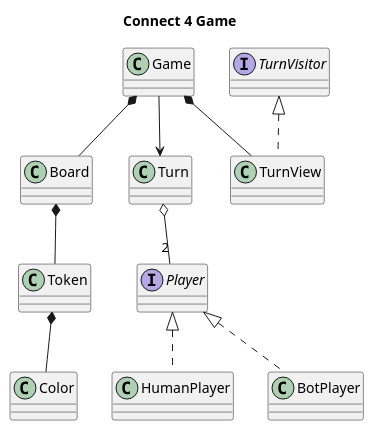
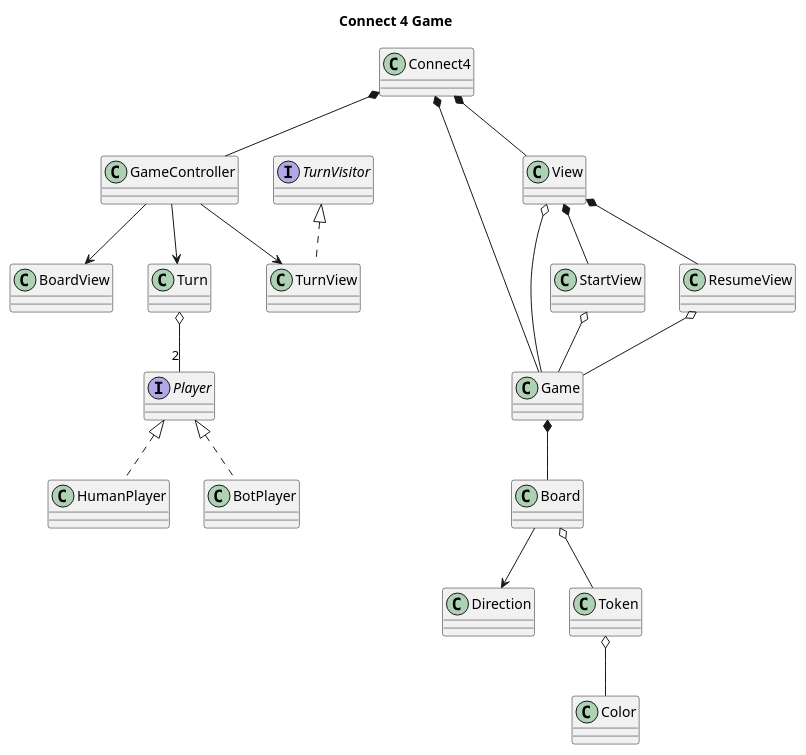
The diagram in docs/connect4game.puml (marcmorente/connect4game), drawn with PlantUML before and after one commit.

Commit message:
Update UML

```diff
--- a/docs/connect4game.puml
+++ b/docs/connect4game.puml
@@ -1,22 +1,39 @@
 @startuml
 skinparam classAttributeIconSize 0
 title Connect 4 Game
+class Connect4
+class GameController
 class Game
-interface Player
+class View
+class StartView
+class ResumeView
+class BoardView
+class TurnView implements TurnVisitor
 class HumanPlayer implements Player
 class BotPlayer implements Player
 class Board
+class Direction
 class Token
 class Turn
-class TurnView implements TurnVisitor
+class Color
+interface Player
 interface TurnVisitor
-class Color
 
 Turn o-- "2" Player
+Connect4 *-- Game
+Connect4 *-- View
+Connect4 *-- GameController
+View *-- StartView
+View *-- ResumeView
+View o-- Game
+StartView o-- Game
+ResumeView o-- Game
+GameController --> TurnView
+GameController --> BoardView
+GameController --> Turn
 Game *-- Board
-Game *-- TurnView
-Token *-- Color
-Board *-- Token
-Game --> Turn
+Token o-- Color
+Board o-- Token
+Board --> Direction
 
 @enduml
```
